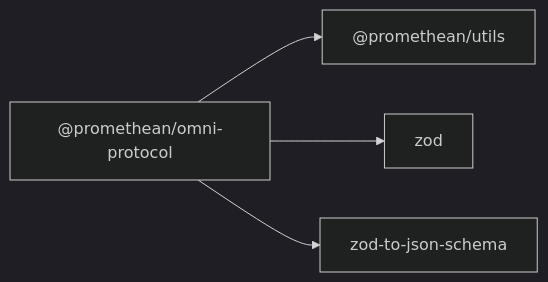
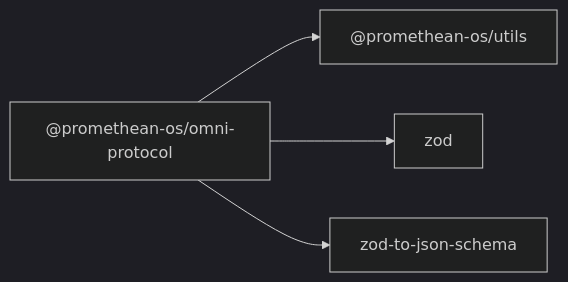
The diagram in docs/packages/omni-protocol/README.md (octave-commons/promethean), drawn with Mermaid (dark theme) before and after one commit. The commit also changed other lines of this file and 1753 other files, not shown here.

````diff
--- a/docs/packages/omni-protocol/README.md
+++ b/docs/packages/omni-protocol/README.md
@@ -14,10 +14,10 @@
 ```mermaid
 graph LR
-  A["@promethean/omni-protocol"]
-  D1["@promethean/utils"]
+  A["@promethean-os/omni-protocol"]
+  D1["@promethean-os/utils"]
   D2["zod"]
   D3["zod-to-json-schema"]
-  A --> D1["@promethean/utils"]
+  A --> D1["@promethean-os/utils"]
   A --> D2["zod"]
   A --> D3["zod-to-json-schema"]
 ```
````
